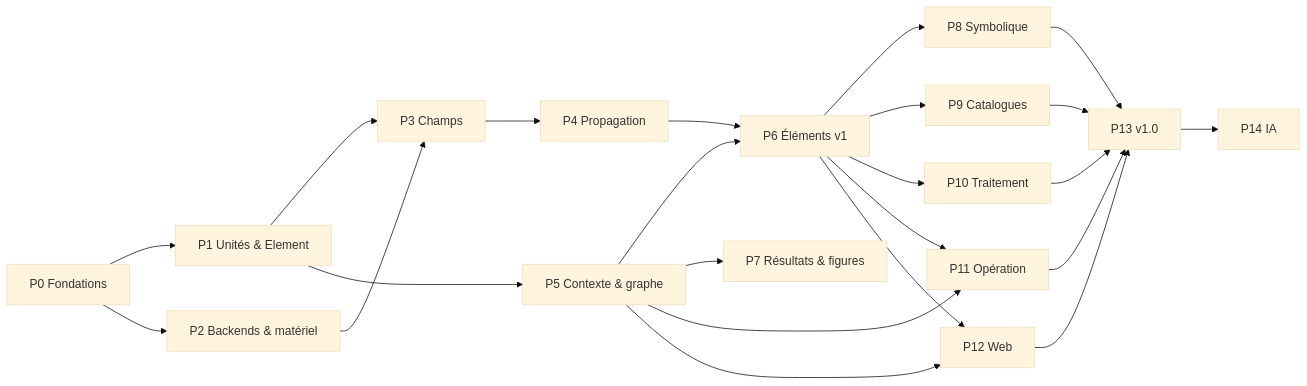
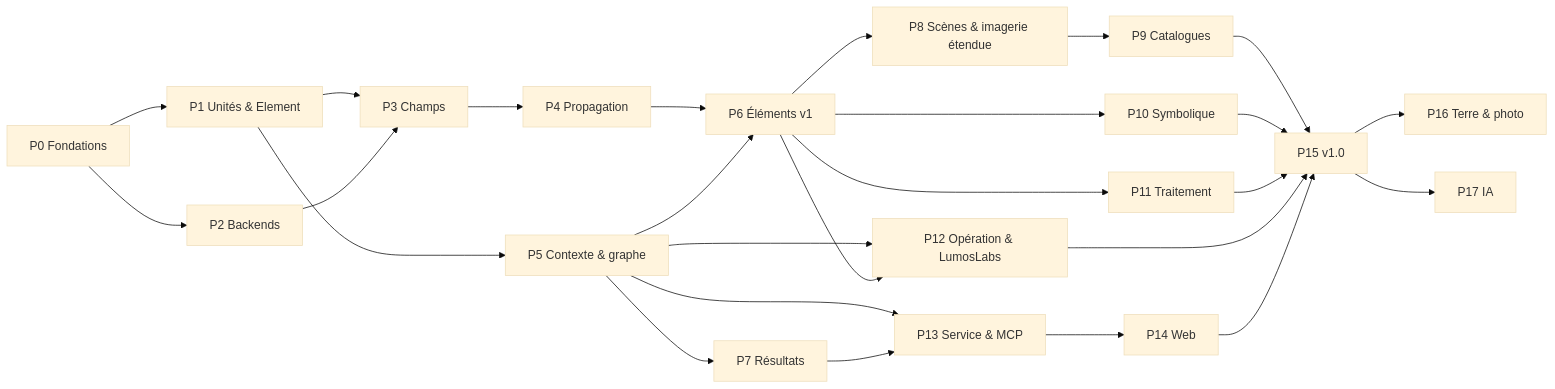
The diagram in docs/specs/plan_developpement.md (VForiel/LUMOS), drawn with Mermaid (base theme) before and after one commit. The commit also changed other lines of this file and 1 other file, not shown here.

````diff
--- a/docs/specs/plan_developpement.md
+++ b/docs/specs/plan_developpement.md
@@ -30,25 +36,28 @@
 ```mermaid
 flowchart LR
   P0[P0 Fondations] --> P1[P1 Unités & Element]
-  P0 --> P2[P2 Backends & matériel]
+  P0 --> P2[P2 Backends]
   P1 --> P3[P3 Champs]
   P2 --> P3
   P3 --> P4[P4 Propagation]
   P1 --> P5[P5 Contexte & graphe]
   P4 --> P6[P6 Éléments v1]
   P5 --> P6
-  P5 --> P7[P7 Résultats & figures]
-  P6 --> P8[P8 Symbolique]
-  P6 --> P9[P9 Catalogues]
-  P6 --> P10[P10 Traitement]
-  P5 --> P11[P11 Opération]
-  P6 --> P11
-  P5 --> P12[P12 Web]
+  P5 --> P7[P7 Résultats]
+  P6 --> P8[P8 Scènes & imagerie étendue]
+  P8 --> P9[P9 Catalogues]
+  P6 --> P10[P10 Symbolique]
+  P6 --> P11[P11 Traitement]
+  P5 --> P12[P12 Opération & LumosLabs]
   P6 --> P12
-  P10 --> P13[P13 v1.0]
-  P11 --> P13
-  P12 --> P13
-  P8 --> P13
-  P9 --> P13
-  P13 --> P14[P14 IA]
+  P5 --> P13[P13 Service & MCP]
+  P7 --> P13
+  P13 --> P14[P14 Web]
+  P9 --> P15[P15 v1.0]
+  P10 --> P15
+  P11 --> P15
+  P12 --> P15
+  P14 --> P15
+  P15 --> P16[P16 Terre & photo]
+  P15 --> P17[P17 IA]
 ```
````
